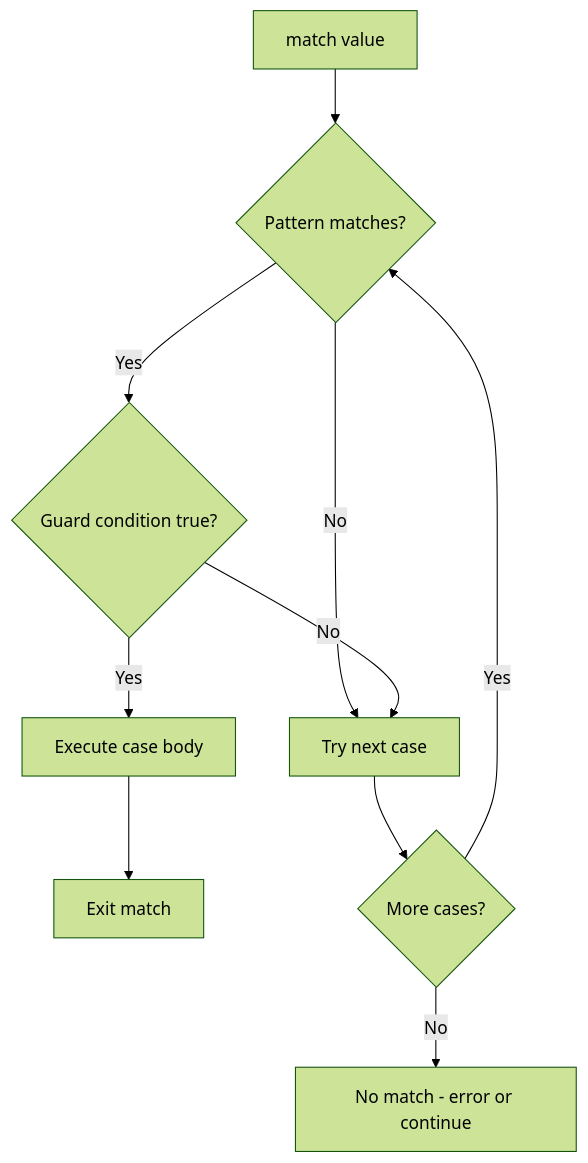
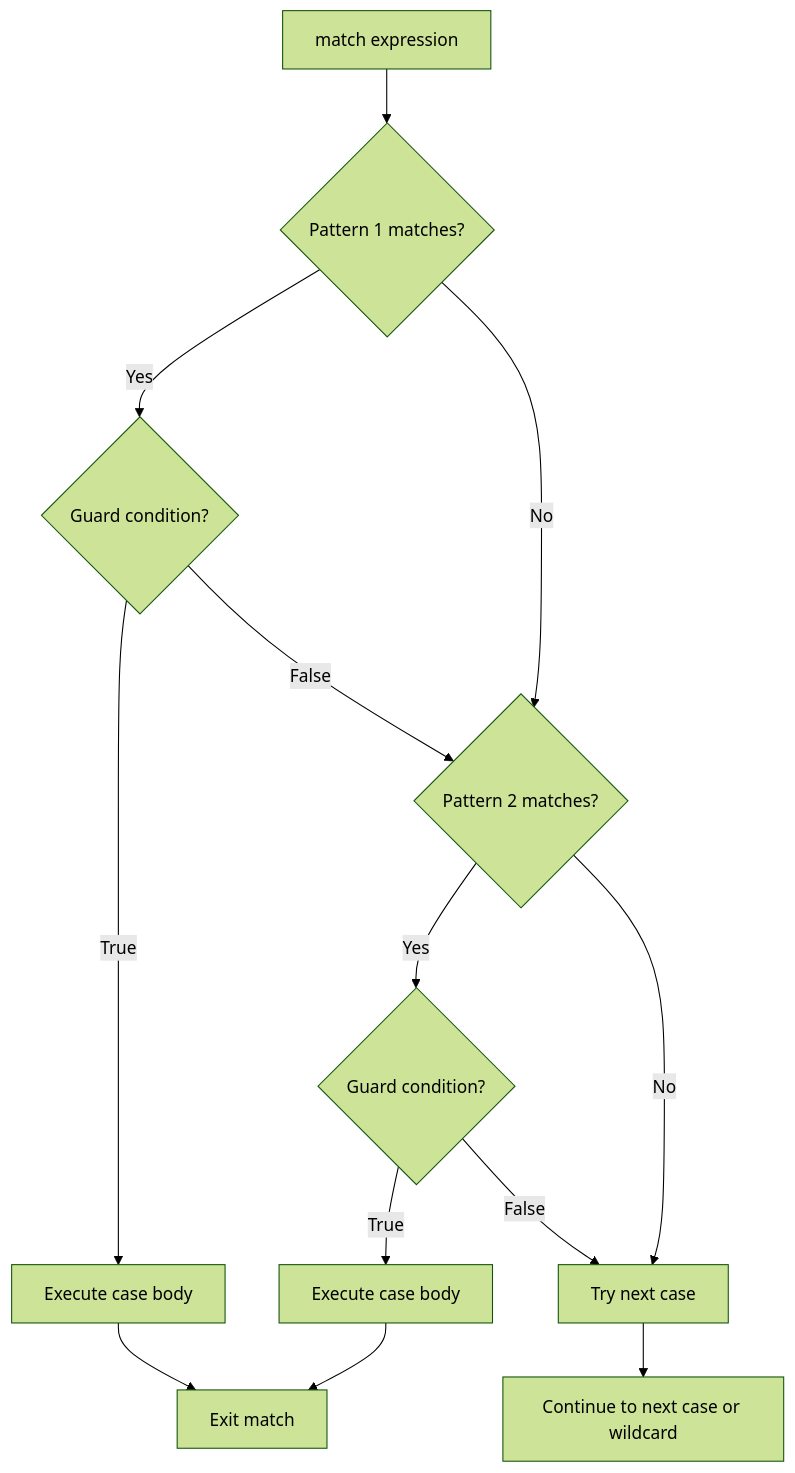
Before and after one commit to Gorgeous-Patrick/jaseci: the diagram in jac/examples/reference/match_statements.md, drawn with Mermaid (forest theme). The commit also changed other lines of this file and 40 other files, not shown here.

````diff
--- a/jac/examples/reference/match_statements.md
+++ b/jac/examples/reference/match_statements.md
@@ -39,12 +17,15 @@
 ```mermaid
 flowchart TD
-    A[match value] --> B{Pattern matches?}
-    B -->|No| C[Try next case]
-    B -->|Yes| D{Guard condition true?}
-    D -->|No| C
-    D -->|Yes| E[Execute case body]
-    E --> F[Exit match]
-    C --> G{More cases?}
-    G -->|Yes| B
-    G -->|No| H[No match - error or continue]
+    A[match expression] --> B{Pattern 1 matches?}
+    B -->|Yes| C{Guard condition?}
+    C -->|True| D[Execute case body]
+    C -->|False| E{Pattern 2 matches?}
+    B -->|No| E
+    D --> F[Exit match]
+    E -->|Yes| G{Guard condition?}
+    G -->|True| H[Execute case body]
+    G -->|False| I[Try next case]
+    H --> F
+    E -->|No| I
+    I --> J[Continue to next case or wildcard]
 ```
````
